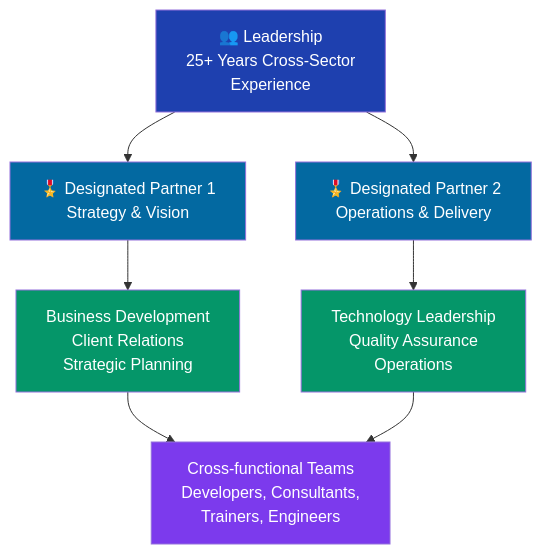
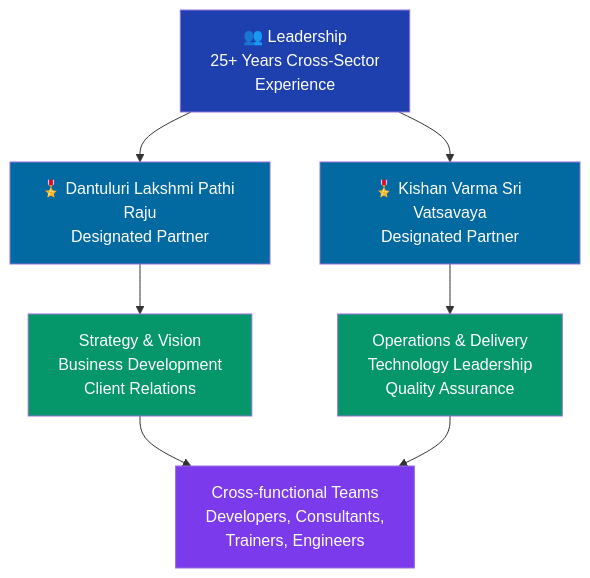
One commit to Pavan755/VD-Digital-Alliances-LLP_Final-Reports changed the fourth of 6 diagrams in COMPANY_PROFILE.md. Above: the diagram before and after it, drawn with Mermaid. The commit also changed other lines of this file and 4 other files, not shown here.

````diff
--- a/COMPANY_PROFILE.md
+++ b/COMPANY_PROFILE.md
@@ -496,20 +496,20 @@
 ```mermaid
 graph TB
     CEO["👥 Leadership<br/>25+ Years Cross-Sector<br/>Experience"]
     
-    CEO --> DP1["🎖️ Designated Partner 1<br/>Strategy & Vision"]
-    CEO --> DP2["🎖️ Designated Partner 2<br/>Operations & Delivery"]
+    CEO --> DP1["🎖️ Dantuluri Lakshmi Pathi Raju<br/>Designated Partner"]
+    CEO --> DP2["🎖️ Kishan Varma Sri Vatsavaya<br/>Designated Partner"]
     
-    DP1 --> DIV1["Business Development<br/>Client Relations<br/>Strategic Planning"]
-    DP2 --> DIV2["Technology Leadership<br/>Quality Assurance<br/>Operations"]
+    DP1 --> DIV1["Strategy & Vision<br/>Business Development<br/>Client Relations"]
+    DP2 --> DIV2["Operations & Delivery<br/>Technology Leadership<br/>Quality Assurance"]
     
     DIV1 --> TEAM["Cross-functional Teams<br/>Developers, Consultants,<br/>Trainers, Engineers"]
     DIV2 --> TEAM
     
     style CEO fill:#1e40af,color:#fff
     style DP1 fill:#0369a1,color:#fff
     style DP2 fill:#0369a1,color:#fff
     style DIV1 fill:#059669,color:#fff
     style DIV2 fill:#059669,color:#fff
     style TEAM fill:#7c3aed,color:#fff
 ```
````
